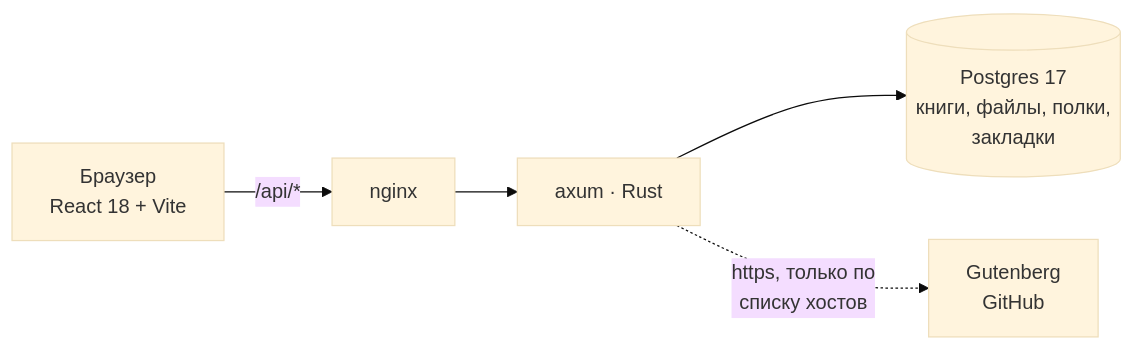
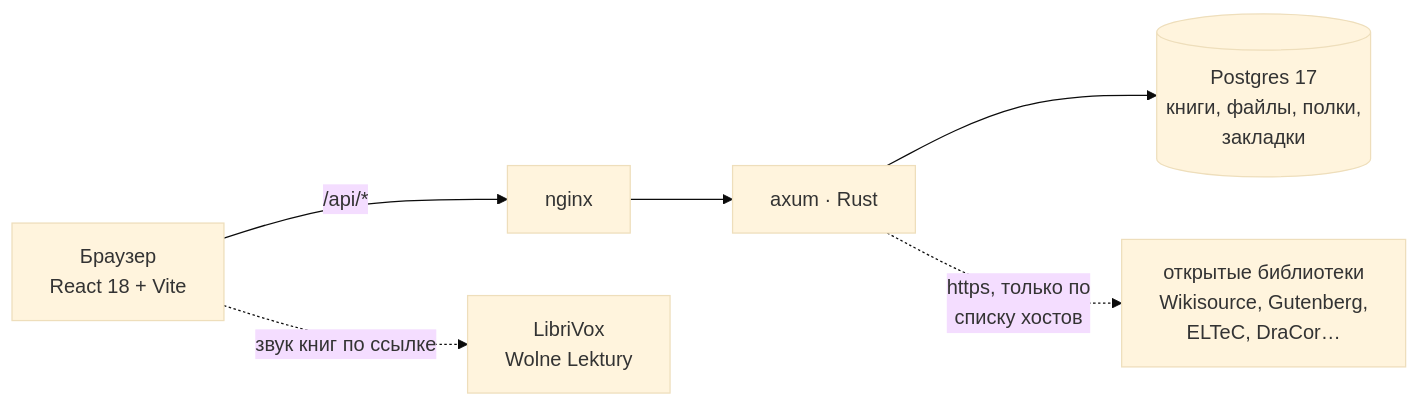
The diagram in README.md (Karavang/Leser), drawn with Mermaid (base theme) before and after one commit. The commit also changed other lines of this file, not shown here.

````diff
--- a/README.md
+++ b/README.md
@@ -286,7 +302,8 @@
 ```mermaid
 flowchart LR
     U["Браузер<br/>React 18 + Vite"] -->|"/api/*"| N["nginx"]
     N --> A["axum · Rust"]
     A --> P[("Postgres 17<br/>книги, файлы, полки,<br/>закладки")]
-    A -.->|"https, только по<br/>списку хостов"| S["Gutenberg<br/>GitHub"]
+    A -.->|"https, только по<br/>списку хостов"| S["открытые библиотеки<br/>Wikisource, Gutenberg,<br/>ELTeC, DraCor…"]
+    U -.->|"звук книг по ссылке"| L["LibriVox<br/>Wolne Lektury"]
 ```
````
